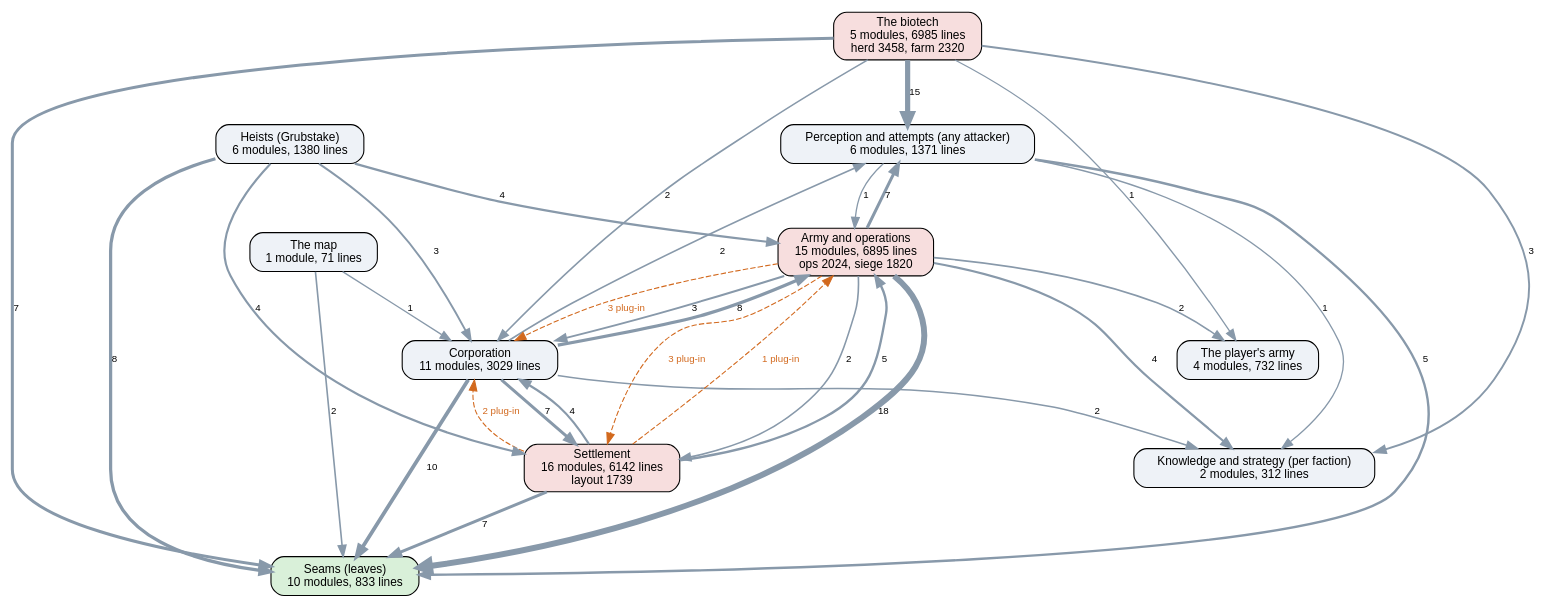
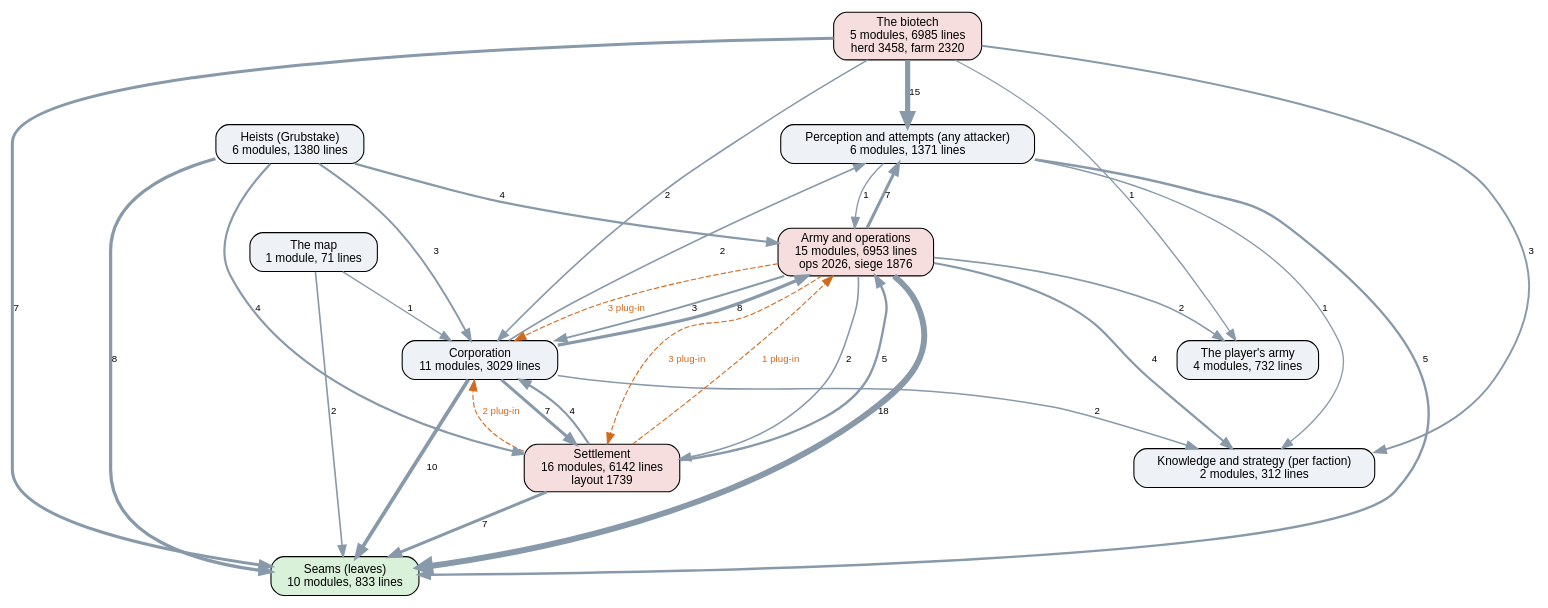
Before and after one commit to kinelhu/landing-party: the diagram in docs/ai-layers.dot, drawn with Graphviz. The commit also changed 9 other files, not shown here.

```diff
--- a/docs/ai-layers.dot
+++ b/docs/ai-layers.dot
@@ -1,47 +1,47 @@
 digraph layers {
   graph [rankdir=TB, fontname="Helvetica", nodesep=0.5, ranksep=0.7];
   node [shape=box, style="rounded,filled", fontname="Helvetica", fontsize=11, fillcolor="#eef2f7"];
   edge [color="#8899aa", fontname="Helvetica", fontsize=9];
   "Seams (leaves)" [label="Seams (leaves)\n10 modules, 833 lines", fillcolor="#d9f0d9"];
   "Perception and attempts (any attacker)" [label="Perception and attempts (any attacker)\n6 modules, 1371 lines", fillcolor="#eef2f7"];
   "Knowledge and strategy (per faction)" [label="Knowledge and strategy (per faction)\n2 modules, 312 lines", fillcolor="#eef2f7"];
   "Corporation" [label="Corporation\n11 modules, 3029 lines", fillcolor="#eef2f7"];
   "Settlement" [label="Settlement\n16 modules, 6142 lines\nlayout 1739", fillcolor="#f7dede"];
-  "Army and operations" [label="Army and operations\n15 modules, 6895 lines\nops 2024, siege 1820", fillcolor="#f7dede"];
+  "Army and operations" [label="Army and operations\n15 modules, 6953 lines\nops 2026, siege 1876", fillcolor="#f7dede"];
   "Heists (Grubstake)" [label="Heists (Grubstake)\n6 modules, 1380 lines", fillcolor="#eef2f7"];
   "The biotech" [label="The biotech\n5 modules, 6985 lines\nherd 3458, farm 2320", fillcolor="#f7dede"];
   "The map" [label="The map\n1 module, 71 lines", fillcolor="#eef2f7"];
   "The player's army" [label="The player's army\n4 modules, 732 lines", fillcolor="#eef2f7"];
   "Army and operations" -> "Corporation" [label="3", penwidth=1.8];
   "Army and operations" -> "Knowledge and strategy (per faction)" [label="4", penwidth=2.0];
   "Army and operations" -> "Perception and attempts (any attacker)" [label="7", penwidth=2.8];
   "Army and operations" -> "Seams (leaves)" [label="18", penwidth=5.5];
   "Army and operations" -> "Settlement" [label="2", penwidth=1.5];
   "Army and operations" -> "The player's army" [label="2", penwidth=1.5];
   "Corporation" -> "Army and operations" [label="8", penwidth=3.0];
   "Corporation" -> "Knowledge and strategy (per faction)" [label="2", penwidth=1.5];
   "Corporation" -> "Perception and attempts (any attacker)" [label="2", penwidth=1.5];
   "Corporation" -> "Seams (leaves)" [label="10", penwidth=3.5];
   "Corporation" -> "Settlement" [label="7", penwidth=2.8];
   "Heists (Grubstake)" -> "Army and operations" [label="4", penwidth=2.0];
   "Heists (Grubstake)" -> "Corporation" [label="3", penwidth=1.8];
   "Heists (Grubstake)" -> "Seams (leaves)" [label="8", penwidth=3.0];
   "Heists (Grubstake)" -> "Settlement" [label="4", penwidth=2.0];
   "Perception and attempts (any attacker)" -> "Army and operations" [label="1", penwidth=1.2];
   "Perception and attempts (any attacker)" -> "Knowledge and strategy (per faction)" [label="1", penwidth=1.2];
   "Perception and attempts (any attacker)" -> "Seams (leaves)" [label="5", penwidth=2.2];
   "Settlement" -> "Army and operations" [label="5", penwidth=2.2];
   "Settlement" -> "Corporation" [label="4", penwidth=2.0];
   "Settlement" -> "Seams (leaves)" [label="7", penwidth=2.8];
   "The biotech" -> "Corporation" [label="2", penwidth=1.5];
   "The biotech" -> "Knowledge and strategy (per faction)" [label="3", penwidth=1.8];
   "The biotech" -> "Perception and attempts (any attacker)" [label="15", penwidth=4.8];
   "The biotech" -> "Seams (leaves)" [label="7", penwidth=2.8];
   "The biotech" -> "The player's army" [label="1", penwidth=1.2];
   "The map" -> "Corporation" [label="1", penwidth=1.2];
   "The map" -> "Seams (leaves)" [label="2", penwidth=1.5];
   "Army and operations" -> "Corporation" [style=dashed, color="#d2691e", fontcolor="#d2691e", label="3 plug-in"];
   "Army and operations" -> "Settlement" [style=dashed, color="#d2691e", fontcolor="#d2691e", label="3 plug-in"];
   "Settlement" -> "Army and operations" [style=dashed, color="#d2691e", fontcolor="#d2691e", label="1 plug-in"];
   "Settlement" -> "Corporation" [style=dashed, color="#d2691e", fontcolor="#d2691e", label="2 plug-in"];
 }
```
